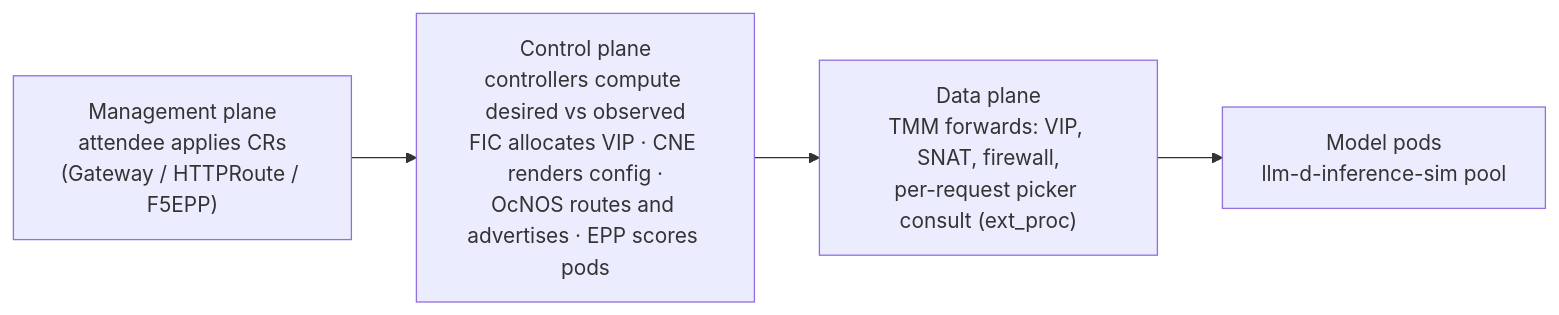
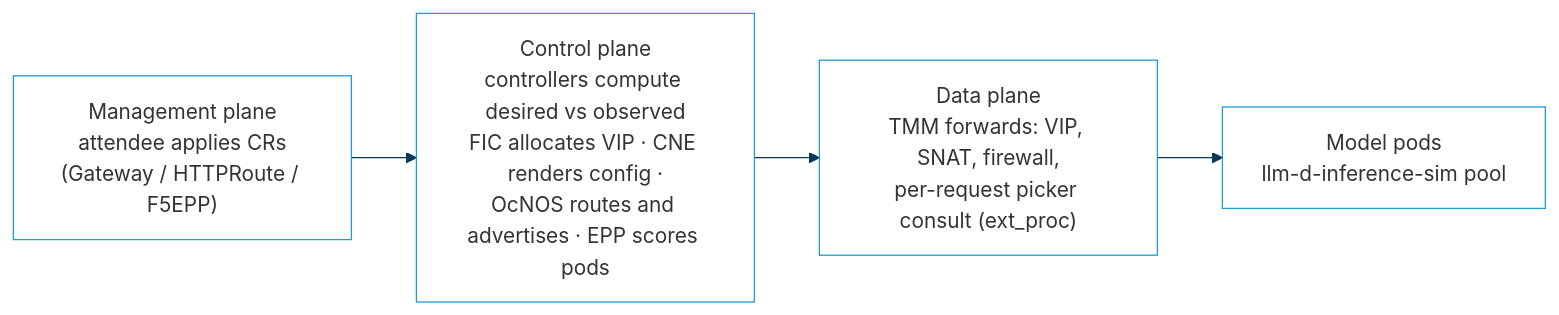
The second of 5 diagrams in docs/lab-environment.md (shsingh/ai-infra-for-neteng), drawn with Mermaid before and after one commit. The commit also changed other lines of this file and 4 other files, not shown here.

Commit message:
fix: depth-correct theme asset urls on nested pages, styled mermaid groups

````diff
--- a/docs/lab-environment.md
+++ b/docs/lab-environment.md
@@ -38,6 +39,7 @@
 ```mermaid
+%%{init: {"theme":"base","themeVariables":{"primaryColor":"transparent","primaryBorderColor":"#1d9cd3","lineColor":"#04395d","clusterBkg":"transparent","clusterBorder":"#04395d","fontFamily":"-apple-system, Segoe UI, Roboto, sans-serif"},"flowchart":{"curve":"basis"}}}%%
 graph LR
   A["Management plane<br/>attendee applies CRs<br/>(Gateway / HTTPRoute / F5EPP)"] --> B["Control plane<br/>controllers compute desired vs observed<br/>FIC allocates VIP · CNE renders config ·<br/>OcNOS routes and advertises · EPP scores pods"]
   B --> C["Data plane<br/>TMM forwards: VIP, SNAT, firewall,<br/>per-request picker consult (ext_proc)"]
   C --> D["Model pods<br/>llm-d-inference-sim pool"]
 ```
````
